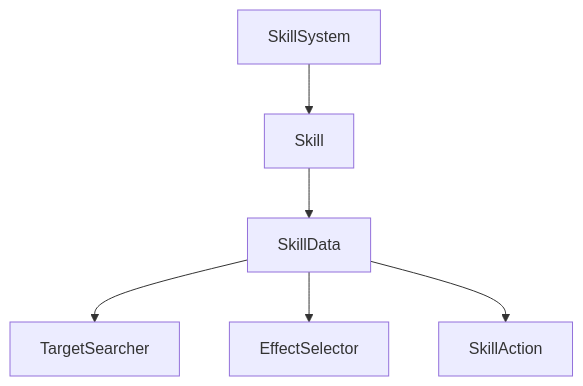
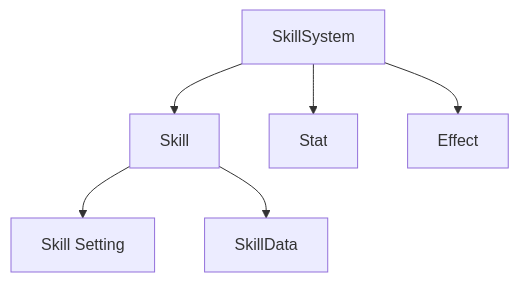
The first of 2 diagrams in _posts/2025-02-11-skill system_unity.md (hooony1324/portfolio_gamedev), drawn with Mermaid before and after one commit. The commit also changed other lines of this file and 18 other files, not shown here.

````diff
--- a/_posts/2025-02-11-skill system_unity.md
+++ b/_posts/2025-02-11-skill system_unity.md
@@ -18,8 +18,8 @@
 ```mermaid
 graph TD
     A[SkillSystem] --> B[Skill]
-    B --> C[SkillData]
-    C --> D[TargetSearcher]
-    C --> E[EffectSelector]
-    C --> F[SkillAction]
+    A --> C[Stat]
+    A --> D[Effect]
+    B --> E[Skill Setting]
+    B --> F[SkillData]
 ```
````
